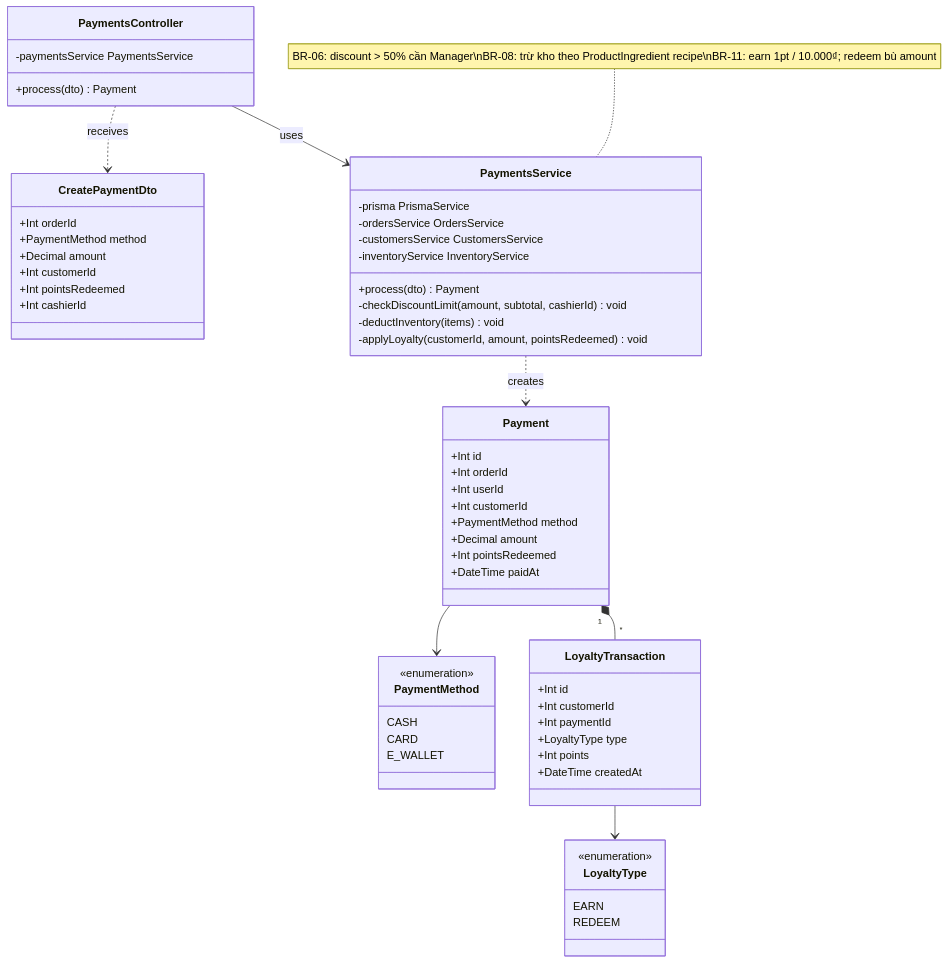
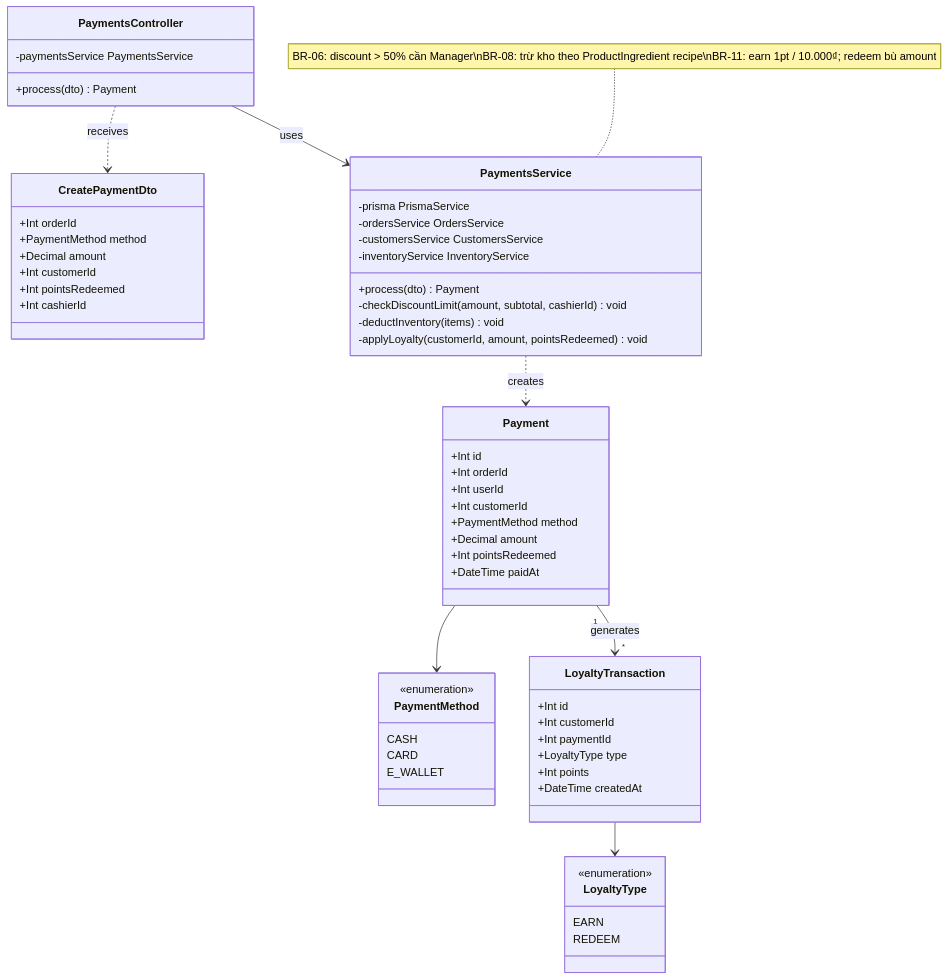
One commit to callmehai/Cafe-Shop-Management-System changed the ninth of 17 diagrams in docs/class-diagrams.md. Above: the diagram before and after it, drawn with Mermaid. The commit also changed 2 other files, not shown here.

Commit message:
docs: add class diagrams, sequence diagrams, and system requirement specification for CSMS

````diff
--- a/docs/class-diagrams.md
+++ b/docs/class-diagrams.md
@@ -547,69 +547,69 @@
 ```mermaid
 classDiagram
     class PaymentMethod {
         <<enumeration>>
         CASH
         CARD
         E_WALLET
     }
 
     class LoyaltyType {
         <<enumeration>>
         EARN
         REDEEM
     }
 
     class Payment {
         +Int id
         +Int orderId
         +Int userId
         +Int customerId
         +PaymentMethod method
         +Decimal amount
         +Int pointsRedeemed
         +DateTime paidAt
     }
 
     class LoyaltyTransaction {
         +Int id
         +Int customerId
         +Int paymentId
         +LoyaltyType type
         +Int points
         +DateTime createdAt
     }
 
     class CreatePaymentDto {
         +Int orderId
         +PaymentMethod method
         +Decimal amount
         +Int customerId
         +Int pointsRedeemed
         +Int cashierId
     }
 
     class PaymentsService {
         -prisma PrismaService
         -ordersService OrdersService
         -customersService CustomersService
         -inventoryService InventoryService
         +process(dto) Payment
         -checkDiscountLimit(amount, subtotal, cashierId) void
         -deductInventory(items) void
         -applyLoyalty(customerId, amount, pointsRedeemed) void
     }
 
     class PaymentsController {
         -paymentsService PaymentsService
         +process(dto) Payment
     }
 
     Payment --> PaymentMethod
-    Payment "1" *-- "*" LoyaltyTransaction
+    Payment "1" --> "*" LoyaltyTransaction : generates
     LoyaltyTransaction --> LoyaltyType
     PaymentsController --> PaymentsService : uses
     PaymentsService ..> Payment : creates
     PaymentsController ..> CreatePaymentDto : receives
 
     note for PaymentsService "BR-06: discount > 50% cần Manager\nBR-08: trừ kho theo ProductIngredient recipe\nBR-11: earn 1pt / 10.000₫; redeem bù amount"
 ```
````
